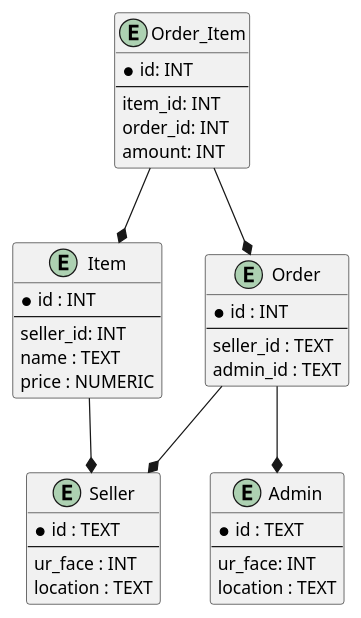
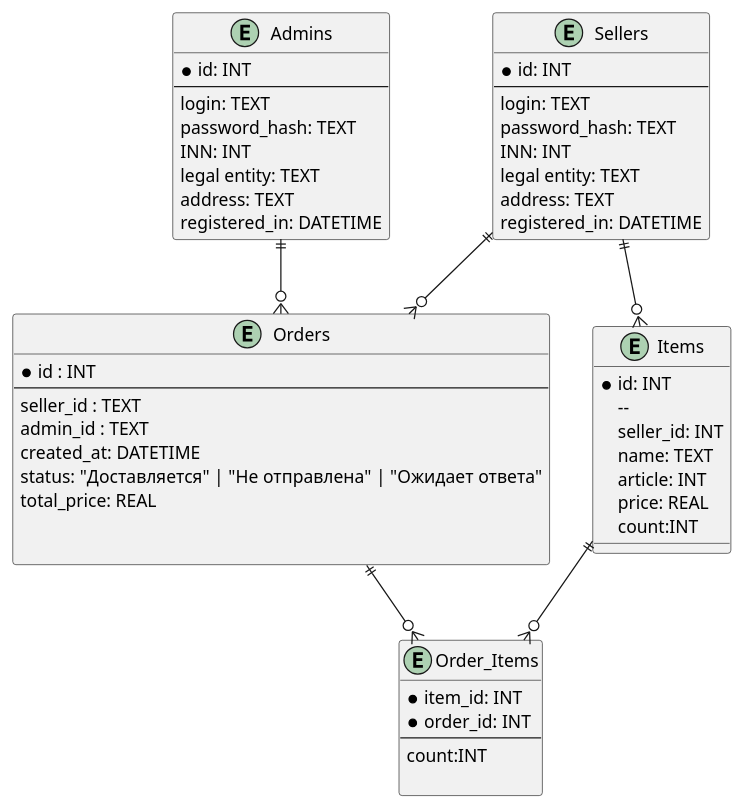
Before and after one commit to BombasticFantastik/PIS_Course_work: the diagram in uml-диаграммы/Схема_базы_данных.puml, drawn with PlantUML. The commit also changed 21 other files, not shown here.

Commit message:
Добавил базу и 3 диаграммы пригодности (try0)

```diff
--- a/uml-диаграммы/Схема_базы_данных.puml
+++ b/uml-диаграммы/Схема_базы_данных.puml
@@ -1,48 +1,69 @@
 @startuml Диаграмма базы данных
 
-entity Item {
-  * id : INT
-  --
-  seller_id: INT
-  name : TEXT
-  price : NUMERIC
-}
 
-entity Order {
+
+entity Orders {
   * id : INT
   --
   seller_id : TEXT
   admin_id : TEXT
+  created_at: DATETIME
+  status: "Доставляется" | "Не отправлена" | "Ожидает ответа"
+  total_price: REAL
+  
+  
 }
 
-entity Seller {
-  * id : TEXT
+entity Order_Items {
+  *item_id: INT
+  *order_id: INT
   --
-  ur_face : INT
-  location : TEXT
+  count:INT
+
+} 
+
+
+
+entity Items {
+  *id: INT
+  --  
+  seller_id: INT
+  name: TEXT
+  article: INT
+  price: REAL
+  count:INT
+  
 }
 
-entity Admin {
-  * id : TEXT
+
+entity Sellers{
+  *id: INT
   --
-  ur_face: INT
-  location : TEXT
+  login: TEXT
+  password_hash: TEXT
+  INN: INT
+  legal entity: TEXT
+  address: TEXT
+  registered_in: DATETIME
 }
 
-entity Order_Item {
-  * id: INT
+entity Admins{
+  *id: INT
   --
-  item_id: INT
-  order_id: INT
-  amount: INT
+  login: TEXT
+  password_hash: TEXT
+  INN: INT
+  legal entity: TEXT
+  address: TEXT
+  registered_in: DATETIME
 }
 
-Item --* Seller
+Orders ||--o{ Order_Items
+Items ||--o{ Order_Items
 
-Order --* Seller
-Order --* Admin
+Sellers ||--o{ Items
 
-Order_Item --* Item
-Order_Item --* Order
+Sellers ||--o{ Orders
+Admins ||--o{ Orders
 
 @enduml
```
